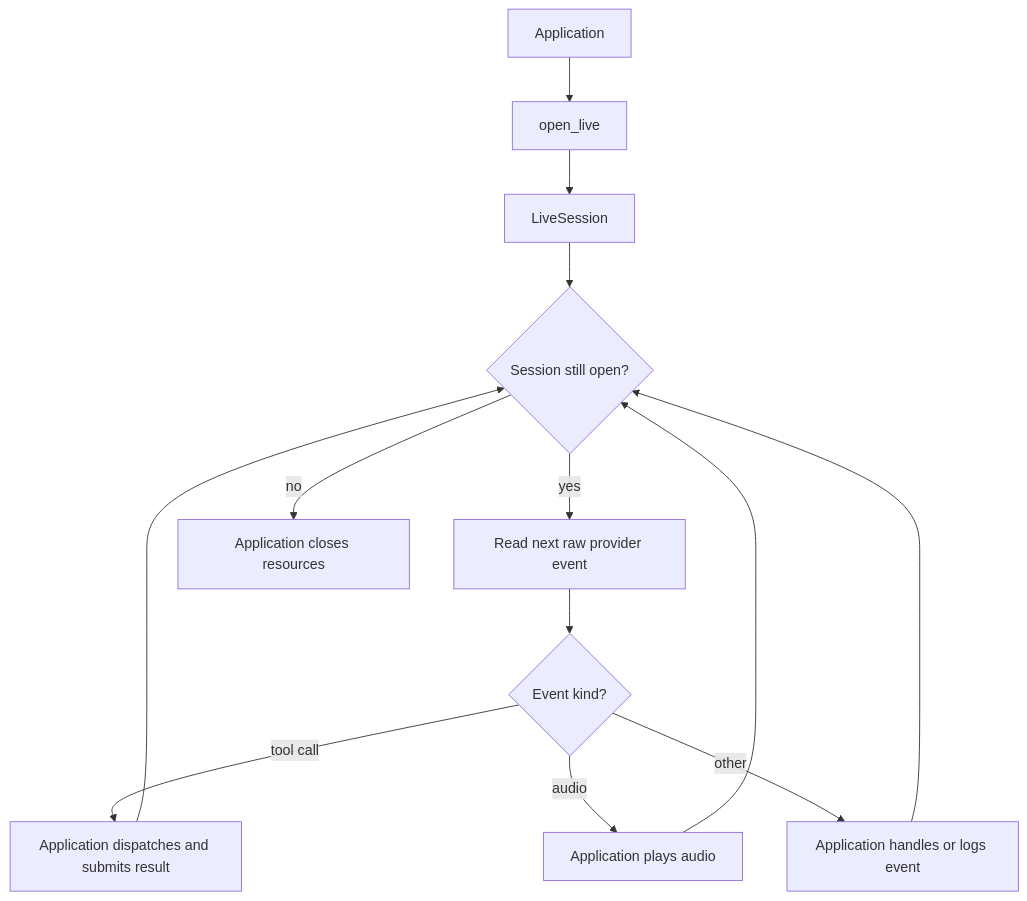
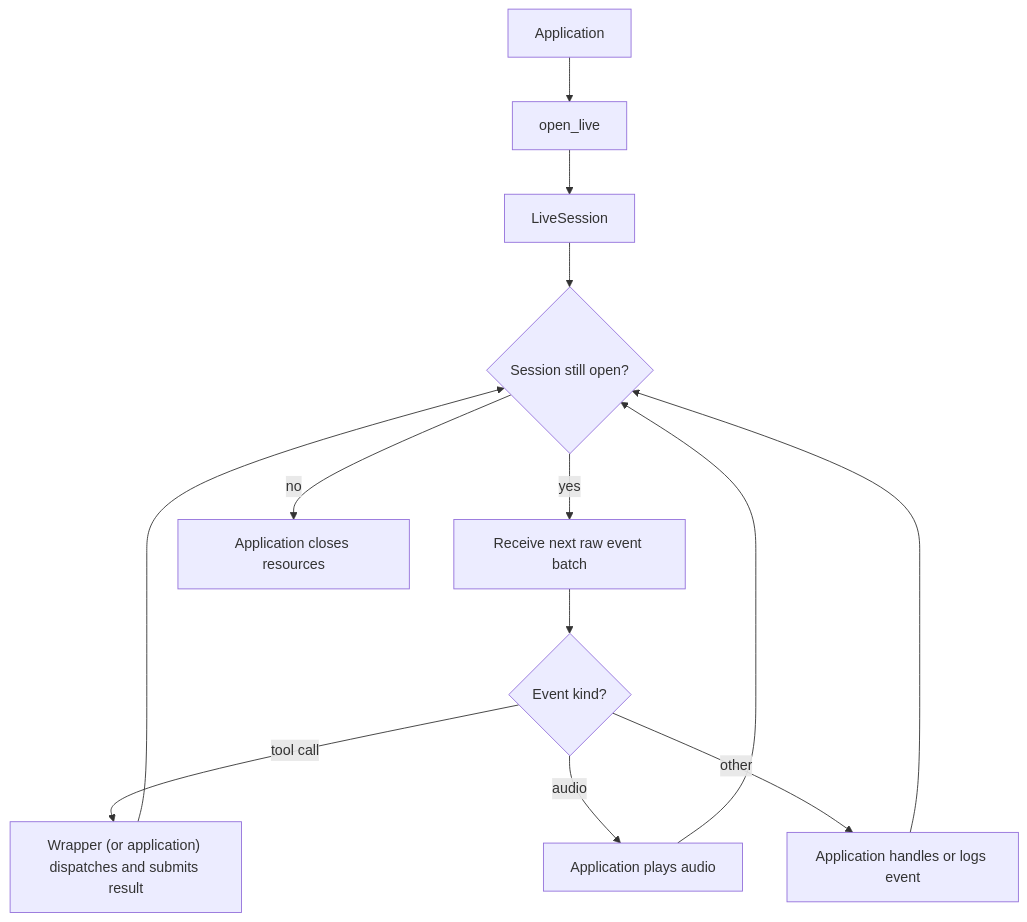
The second of 2 diagrams in baml_language/_plan/bepv4/pages/voice-and-live-sessions.md (BoundaryML/baml), drawn with Mermaid before and after one commit. The commit also changed other lines of this file and 229 other files, not shown here.

````diff
--- a/baml_language/_plan/bepv4/pages/voice-and-live-sessions.md
+++ b/baml_language/_plan/bepv4/pages/voice-and-live-sessions.md
@@ -109,15 +132,15 @@
 ```mermaid
 flowchart TD
   app["Application"] --> open["open_live"]
   open --> session["LiveSession"]
   session --> active{"Session still open?"}
-  active -->|yes| events["Read next raw provider event"]
+  active -->|yes| events["Receive next raw event batch"]
   events --> kind{"Event kind?"}
-  kind -->|tool call| tools["Application dispatches and submits result"]
+  kind -->|tool call| tools["Wrapper (or application) dispatches and submits result"]
   kind -->|audio| playback["Application plays audio"]
   kind -->|other| inspect["Application handles or logs event"]
   tools --> active
   playback --> active
   inspect --> active
   active -->|no| close["Application closes resources"]
 ```
````
